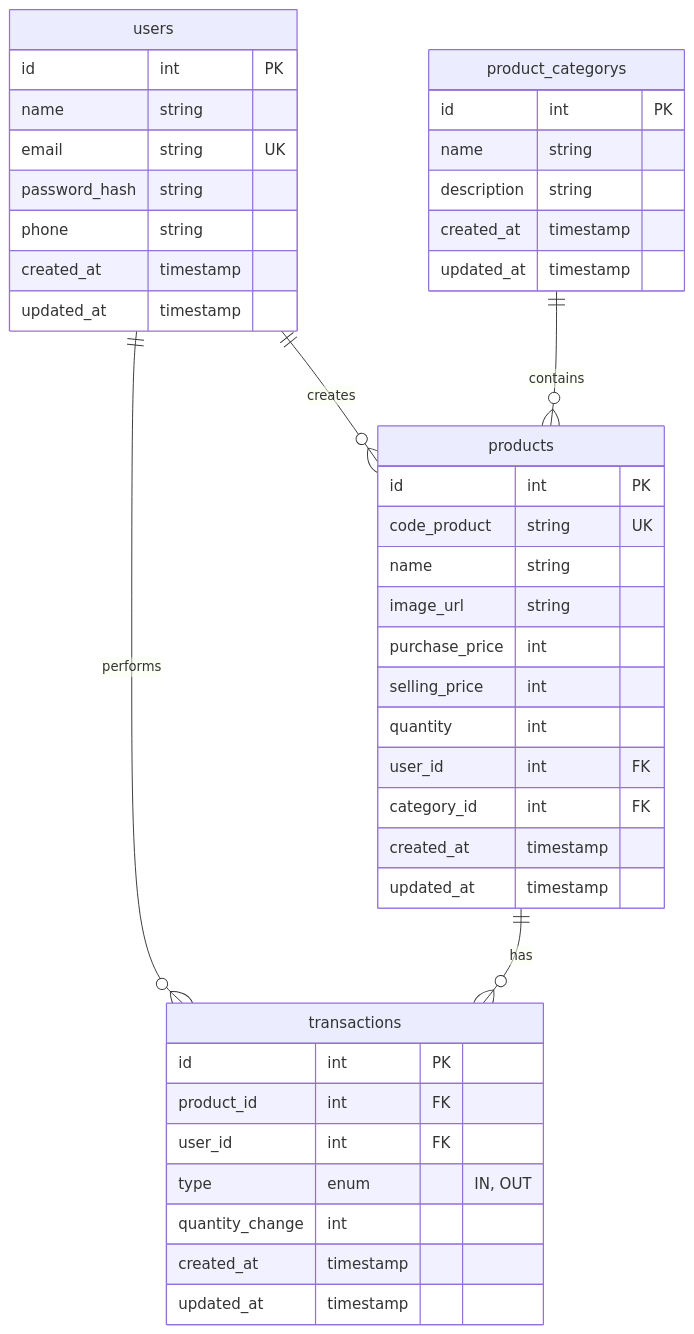
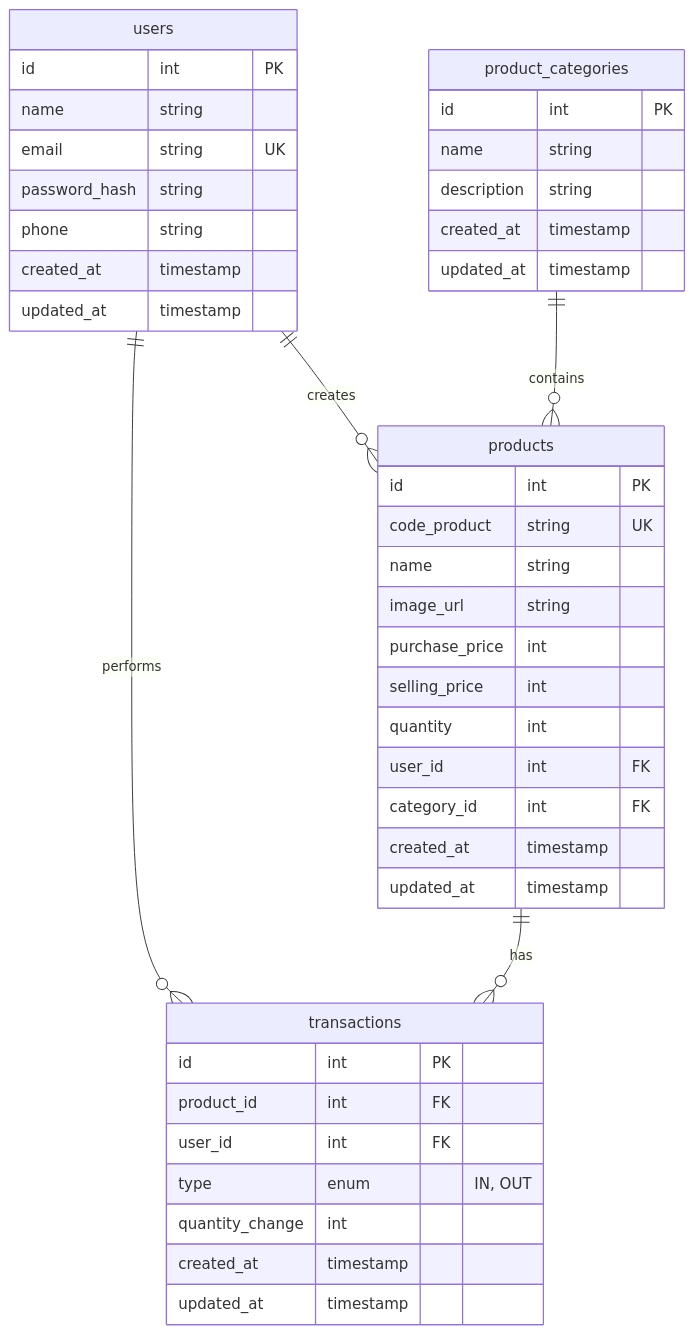
One commit to VsalCode/fgo24-final-phase-3 changed the second of 2 diagrams in README.md. Above: the diagram before and after it, drawn with Mermaid. The commit also changed other lines of this file, not shown here.

Commit message:
chore: update flowchart

````diff
--- a/README.md
+++ b/README.md
@@ -28,49 +52,49 @@
 ```mermaid
 erDiagram
     users {
         id int PK
         name string
         email string UK
         password_hash string
         phone string
         created_at timestamp
         updated_at timestamp
     }
 
-    product_categorys {
+    product_categories {
         id int PK
         name string
         description string
         created_at timestamp
         updated_at timestamp
     }
 
     products {
         id int PK
         code_product string UK
         name string
         image_url string
         purchase_price int
         selling_price int
         quantity int
         user_id int FK
         category_id int FK
         created_at timestamp
         updated_at timestamp
     }
 
     transactions {
         id int PK
         product_id int FK
         user_id int FK
         type enum "IN, OUT"
         quantity_change int
         created_at timestamp
         updated_at timestamp
     }
 
     users ||--o{ products : "creates"
-    product_categorys ||--o{ products : "contains"
+    product_categories ||--o{ products : "contains"
     users ||--o{ transactions : "performs"
     products ||--o{ transactions : "has"
 ```
````
